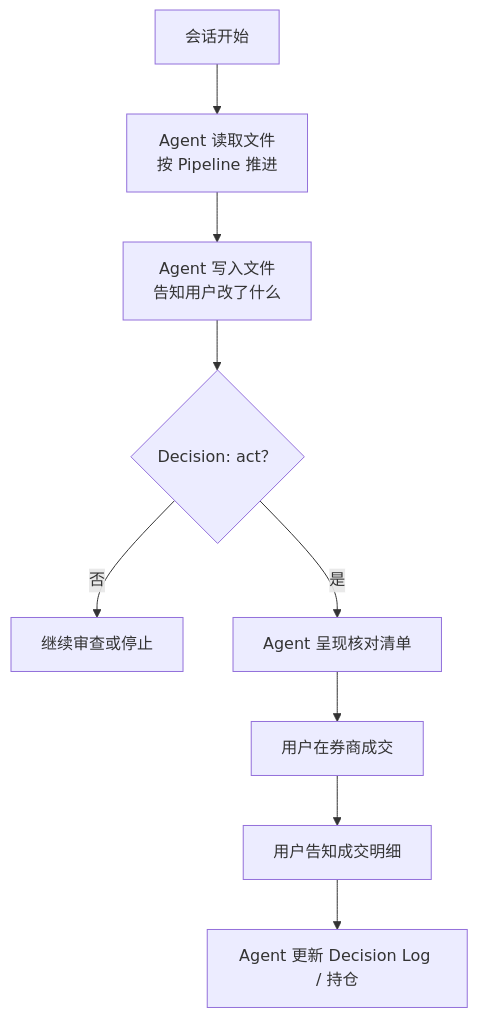
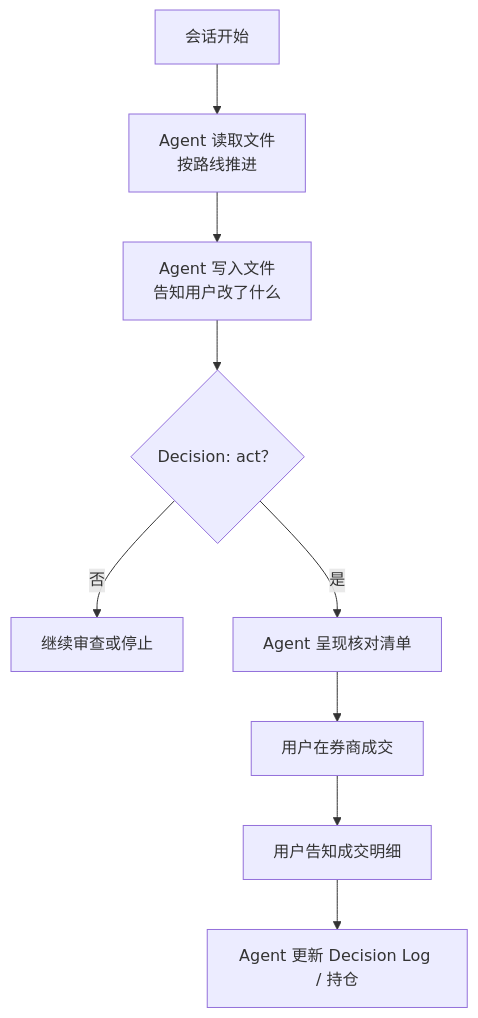
One commit to Meta11ic0/PIOS changed the second of 2 diagrams in ARCHITECTURE.md. Above: the diagram before and after it, drawn with Mermaid. The commit also changed other lines of this file and 42 other files, not shown here.

````diff
--- a/ARCHITECTURE.md
+++ b/ARCHITECTURE.md
@@ -387,11 +388,11 @@
 ```mermaid
 flowchart TD
-  Start["会话开始"] --> Agent["Agent 读取文件<br/>按 Pipeline 推进"]
+  Start["会话开始"] --> Agent["Agent 读取文件<br/>按路线推进"]
   Agent --> Write["Agent 写入文件<br/>告知用户改了什么"]
   Write --> Decision{"Decision: act？"}
   Decision -->|否| Done["继续审查或停止"]
   Decision -->|是| Checklist["Agent 呈现核对清单"]
   Checklist --> Broker["用户在券商成交"]
   Broker --> Tell["用户告知成交明细"]
   Tell --> WB["Agent 更新 Decision Log / 持仓"]
 ```
````
